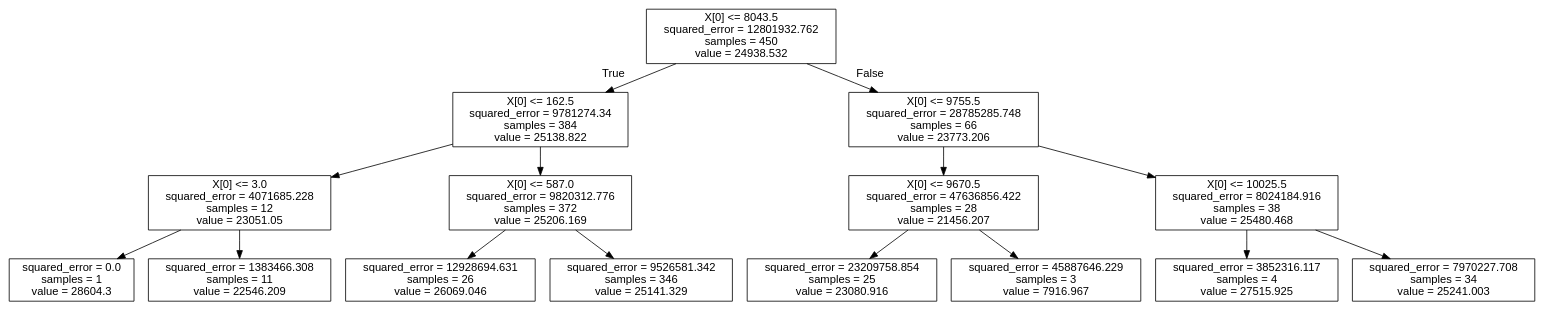
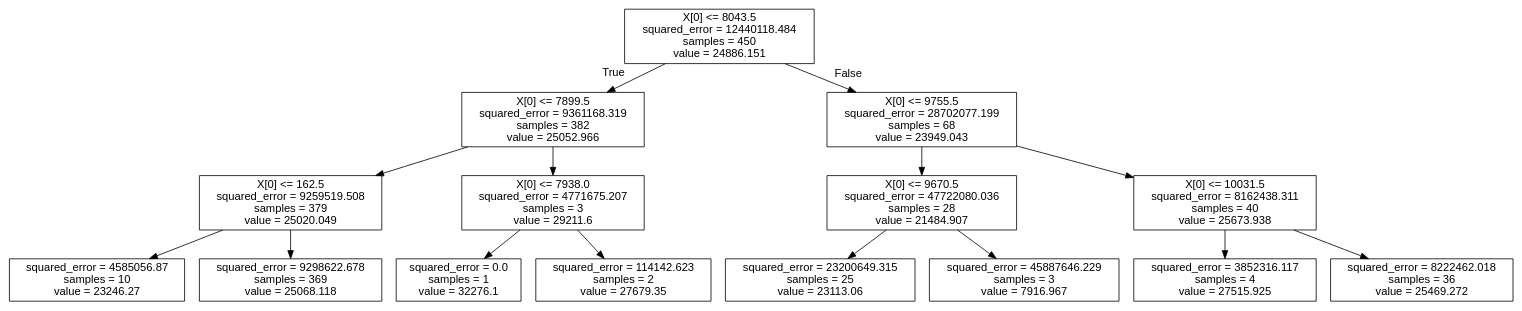
The diagram in MLP/MLP3/tree.dot (weswong02/CPSC4310), drawn with Graphviz before and after one commit. The commit also changed 1 other file, not shown here.

```diff
--- a/MLP/MLP3/tree.dot
+++ b/MLP/MLP3/tree.dot
@@ -1,33 +1,33 @@
 digraph Tree {
 node [shape=box, fontname="helvetica"] ;
 edge [fontname="helvetica"] ;
-0 [label="X[0] <= 8043.5\nsquared_error = 12801932.762\nsamples = 450\nvalue = 24938.532"] ;
-1 [label="X[0] <= 162.5\nsquared_error = 9781274.34\nsamples = 384\nvalue = 25138.822"] ;
+0 [label="X[0] <= 8043.5\nsquared_error = 12440118.484\nsamples = 450\nvalue = 24886.151"] ;
+1 [label="X[0] <= 7899.5\nsquared_error = 9361168.319\nsamples = 382\nvalue = 25052.966"] ;
 0 -> 1 [labeldistance=2.5, labelangle=45, headlabel="True"] ;
-2 [label="X[0] <= 3.0\nsquared_error = 4071685.228\nsamples = 12\nvalue = 23051.05"] ;
+2 [label="X[0] <= 162.5\nsquared_error = 9259519.508\nsamples = 379\nvalue = 25020.049"] ;
 1 -> 2 ;
-3 [label="squared_error = 0.0\nsamples = 1\nvalue = 28604.3"] ;
+3 [label="squared_error = 4585056.87\nsamples = 10\nvalue = 23246.27"] ;
 2 -> 3 ;
-4 [label="squared_error = 1383466.308\nsamples = 11\nvalue = 22546.209"] ;
+4 [label="squared_error = 9298622.678\nsamples = 369\nvalue = 25068.118"] ;
 2 -> 4 ;
-5 [label="X[0] <= 587.0\nsquared_error = 9820312.776\nsamples = 372\nvalue = 25206.169"] ;
+5 [label="X[0] <= 7938.0\nsquared_error = 4771675.207\nsamples = 3\nvalue = 29211.6"] ;
 1 -> 5 ;
-6 [label="squared_error = 12928694.631\nsamples = 26\nvalue = 26069.046"] ;
+6 [label="squared_error = 0.0\nsamples = 1\nvalue = 32276.1"] ;
 5 -> 6 ;
-7 [label="squared_error = 9526581.342\nsamples = 346\nvalue = 25141.329"] ;
+7 [label="squared_error = 114142.623\nsamples = 2\nvalue = 27679.35"] ;
 5 -> 7 ;
-8 [label="X[0] <= 9755.5\nsquared_error = 28785285.748\nsamples = 66\nvalue = 23773.206"] ;
+8 [label="X[0] <= 9755.5\nsquared_error = 28702077.199\nsamples = 68\nvalue = 23949.043"] ;
 0 -> 8 [labeldistance=2.5, labelangle=-45, headlabel="False"] ;
-9 [label="X[0] <= 9670.5\nsquared_error = 47636856.422\nsamples = 28\nvalue = 21456.207"] ;
+9 [label="X[0] <= 9670.5\nsquared_error = 47722080.036\nsamples = 28\nvalue = 21484.907"] ;
 8 -> 9 ;
-10 [label="squared_error = 23209758.854\nsamples = 25\nvalue = 23080.916"] ;
+10 [label="squared_error = 23200649.315\nsamples = 25\nvalue = 23113.06"] ;
 9 -> 10 ;
 11 [label="squared_error = 45887646.229\nsamples = 3\nvalue = 7916.967"] ;
 9 -> 11 ;
-12 [label="X[0] <= 10025.5\nsquared_error = 8024184.916\nsamples = 38\nvalue = 25480.468"] ;
+12 [label="X[0] <= 10031.5\nsquared_error = 8162438.311\nsamples = 40\nvalue = 25673.938"] ;
 8 -> 12 ;
 13 [label="squared_error = 3852316.117\nsamples = 4\nvalue = 27515.925"] ;
 12 -> 13 ;
-14 [label="squared_error = 7970227.708\nsamples = 34\nvalue = 25241.003"] ;
+14 [label="squared_error = 8222462.018\nsamples = 36\nvalue = 25469.272"] ;
 12 -> 14 ;
 }
```
